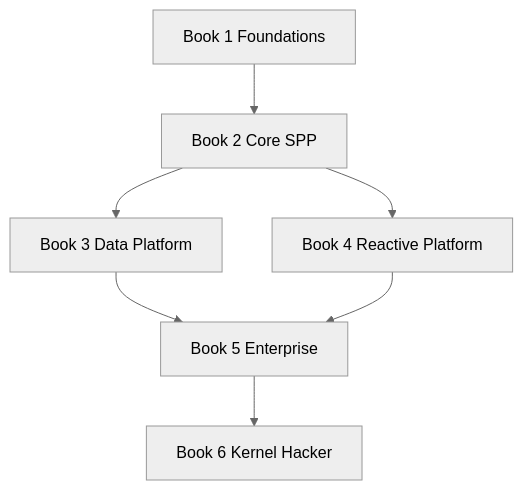
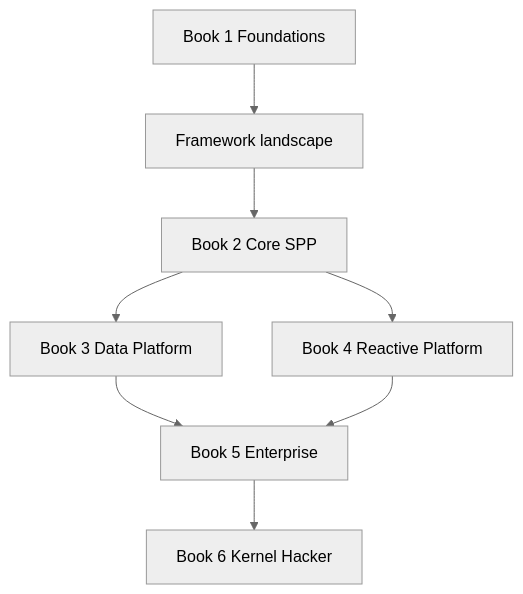
Before and after one commit to shuklasp/spp: the diagram in documentation/handbook/handbook-v3/README.md, drawn with Mermaid (neutral theme). The commit also changed other lines of this file, not shown here.

Commit message:
docs(v3): add framework landscape comparison to foundations

````diff
--- a/documentation/handbook/handbook-v3/README.md
+++ b/documentation/handbook/handbook-v3/README.md
@@ -90,9 +96,10 @@
 ```mermaid
 flowchart TD
-    A[Book 1 Foundations] --> B[Book 2 Core SPP]
-    B --> C[Book 3 Data Platform]
-    B --> D[Book 4 Reactive Platform]
-    C --> E[Book 5 Enterprise]
-    D --> E
-    E --> F[Book 6 Kernel Hacker]
+    A[Book 1 Foundations] --> B[Framework landscape]
+    B --> C[Book 2 Core SPP]
+    C --> D[Book 3 Data Platform]
+    C --> E[Book 4 Reactive Platform]
+    D --> F[Book 5 Enterprise]
+    E --> F
+    F --> G[Book 6 Kernel Hacker]
 ```
````
